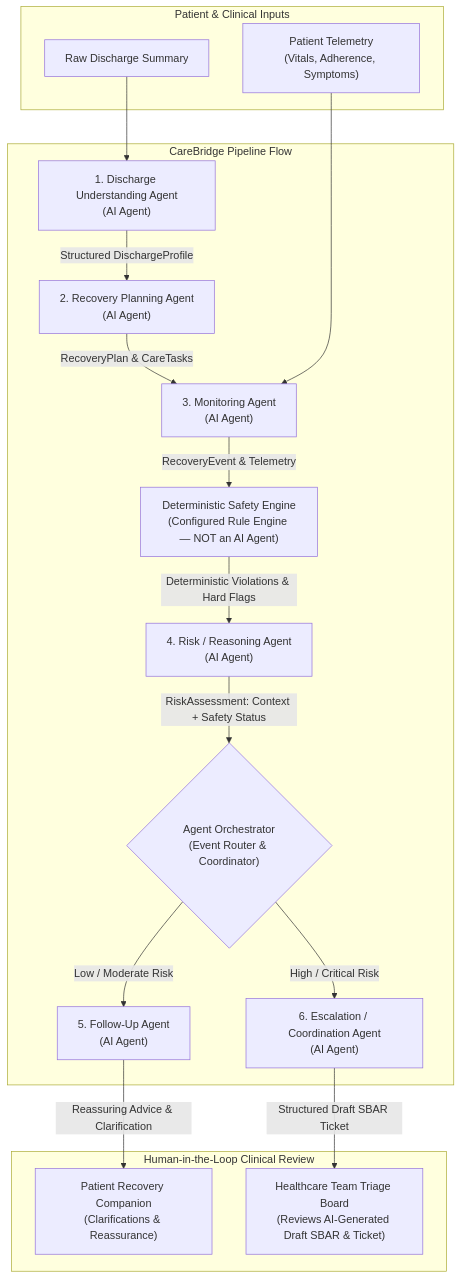
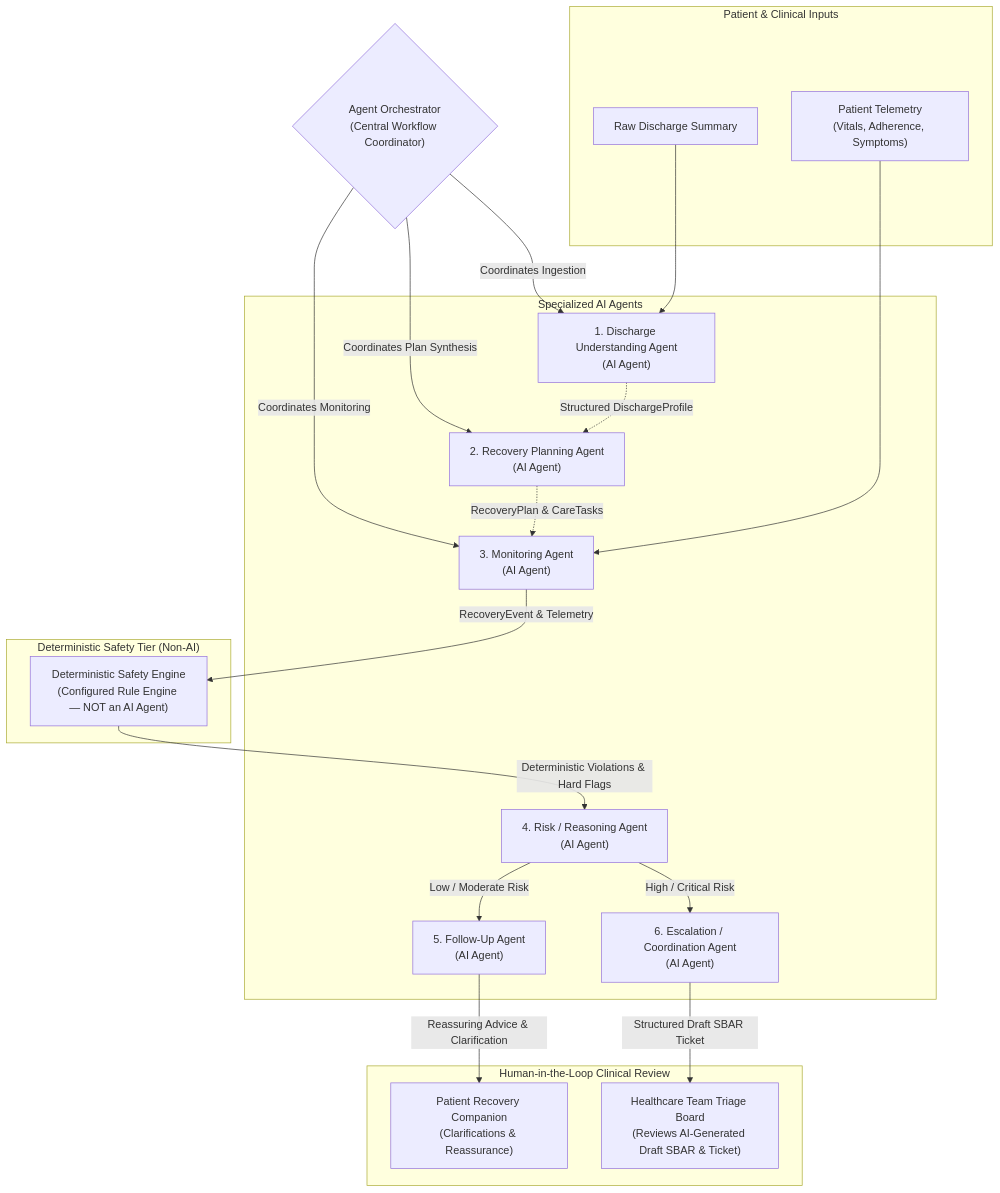
One commit to pavan15279/carebridge-ai changed the first of 2 diagrams in AGENTS.md. Above: the diagram before and after it, drawn with Mermaid. The commit also changed 3 other files, not shown here.

Commit message:
docs: clarify agent orchestration flow

````diff
--- a/AGENTS.md
+++ b/AGENTS.md
@@ -57,41 +57,45 @@
 ```mermaid
 flowchart TD
+    ORCHESTRATOR{"Agent Orchestrator\n(Central Workflow Coordinator)"}
+
     subgraph Inputs ["Patient & Clinical Inputs"]
         RAW_DOC["Raw Discharge Summary"]
         PATIENT_INPUT["Patient Telemetry\n(Vitals, Adherence, Symptoms)"]
     end
 
-    subgraph AgentPipeline ["CareBridge Pipeline Flow"]
+    subgraph AgentsTier ["Specialized AI Agents"]
         AGENT_1["1. Discharge Understanding Agent\n(AI Agent)"]
         AGENT_2["2. Recovery Planning Agent\n(AI Agent)"]
         AGENT_3["3. Monitoring Agent\n(AI Agent)"]
-
-        SAFETY_ENGINE["Deterministic Safety Engine\n(Configured Rule Engine — NOT an AI Agent)"]
-
         AGENT_4["4. Risk / Reasoning Agent\n(AI Agent)"]
-
-        ORCHESTRATOR{"Agent Orchestrator\n(Event Router & Coordinator)"}
-
         AGENT_5["5. Follow-Up Agent\n(AI Agent)"]
         AGENT_6["6. Escalation / Coordination Agent\n(AI Agent)"]
+    end
+
+    subgraph SafetyTier ["Deterministic Safety Tier (Non-AI)"]
+        SAFETY_ENGINE["Deterministic Safety Engine\n(Configured Rule Engine — NOT an AI Agent)"]
     end
 
     subgraph HumanReview ["Human-in-the-Loop Clinical Review"]
         PATIENT_UI["Patient Recovery Companion\n(Clarifications & Reassurance)"]
         CLINICAL_TEAM["Healthcare Team Triage Board\n(Reviews AI-Generated Draft SBAR & Ticket)"]
     end
 
+    ORCHESTRATOR -->|Coordinates Ingestion| AGENT_1
+    ORCHESTRATOR -->|Coordinates Plan Synthesis| AGENT_2
+    ORCHESTRATOR -->|Coordinates Monitoring| AGENT_3
+
     RAW_DOC --> AGENT_1
-    AGENT_1 -->|Structured DischargeProfile| AGENT_2
-    AGENT_2 -->|RecoveryPlan & CareTasks| AGENT_3
+    AGENT_1 -.->|Structured DischargeProfile| AGENT_2
+    AGENT_2 -.->|RecoveryPlan & CareTasks| AGENT_3
     PATIENT_INPUT --> AGENT_3
+
     AGENT_3 -->|RecoveryEvent & Telemetry| SAFETY_ENGINE
     SAFETY_ENGINE -->|Deterministic Violations & Hard Flags| AGENT_4
-    AGENT_4 -->|RiskAssessment: Context + Safety Status| ORCHESTRATOR
 
-    ORCHESTRATOR -->|Low / Moderate Risk| AGENT_5
-    ORCHESTRATOR -->|High / Critical Risk| AGENT_6
+    AGENT_4 -->|Low / Moderate Risk| AGENT_5
+    AGENT_4 -->|High / Critical Risk| AGENT_6
 
     AGENT_5 -->|Reassuring Advice & Clarification| PATIENT_UI
     AGENT_6 -->|Structured Draft SBAR Ticket| CLINICAL_TEAM
 ```
````
